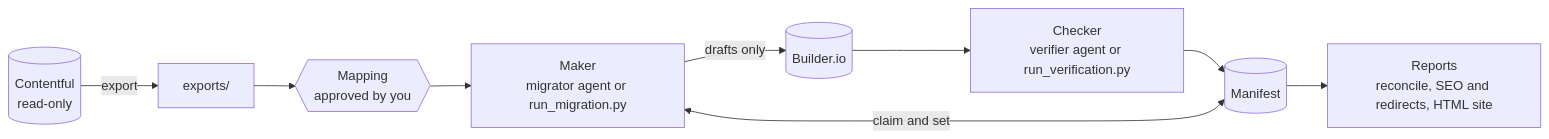
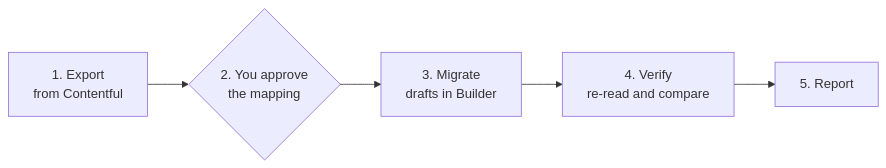
Before and after one commit to JasonYangCIS/cms-to-builder-content: the second of 5 diagrams in README.md, drawn with Mermaid. The commit also changed other lines of this file and 1 other file, not shown here.

Commit message:
Simplify Mermaid diagrams in README and docs/phases

````diff
--- a/README.md
+++ b/README.md
@@ -76,11 +69,7 @@
 ```mermaid
 flowchart LR
-  CF[("Contentful<br/>read-only")] -->|"export"| EX["exports/"]
-  EX --> MAP{{"Mapping<br/>approved by you"}}
-  MAP --> MK["Maker<br/>migrator agent or run_migration.py"]
-  MN[("Manifest")] <-->|"claim and set"| MK
-  MK -->|"drafts only"| BD[("Builder.io")]
-  BD --> CK["Checker<br/>verifier agent or run_verification.py"]
-  CK --> MN
-  MN --> RP["Reports<br/>reconcile, SEO and redirects, HTML site"]
+  A["1. Export<br/>from Contentful"] --> B{"2. You approve<br/>the mapping"}
+  B --> C["3. Migrate<br/>drafts in Builder"]
+  C --> D["4. Verify<br/>re-read and compare"]
+  D --> E["5. Report"]
 ```
````
